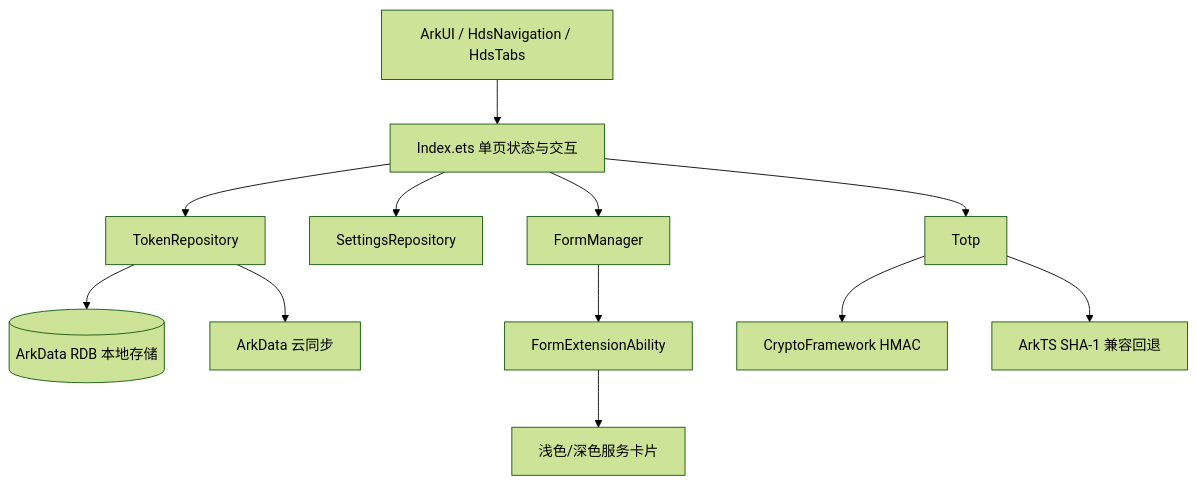
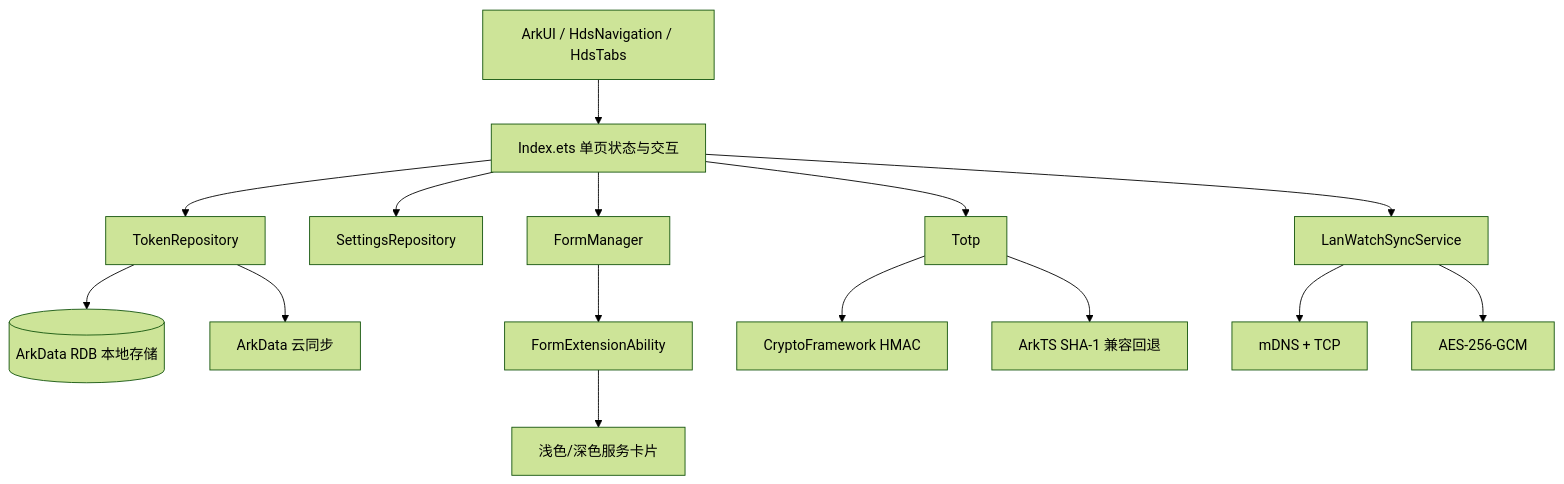
Before and after one commit to zyi07/OpenAuthenticator: the diagram in README.md, drawn with Mermaid (forest theme). The commit also changed other lines of this file and 3 other files, not shown here.

Commit message:
feat: add local network watch sync

````diff
--- a/README.md
+++ b/README.md
@@ -105,14 +120,17 @@
 ```mermaid
 flowchart TD
   A["ArkUI / HdsNavigation / HdsTabs"] --> B["Index.ets 单页状态与交互"]
   B --> C["TokenRepository"]
   B --> D["SettingsRepository"]
   B --> E["FormManager"]
+  B --> M["LanWatchSyncService"]
   C --> F[("ArkData RDB 本地存储")]
   C --> G["ArkData 云同步"]
   E --> H["FormExtensionAbility"]
   H --> I["浅色/深色服务卡片"]
   B --> J["Totp"]
   J --> K["CryptoFramework HMAC"]
   J --> L["ArkTS SHA-1 兼容回退"]
+  M --> N["mDNS + TCP"]
+  M --> O["AES-256-GCM"]
 ```
````
